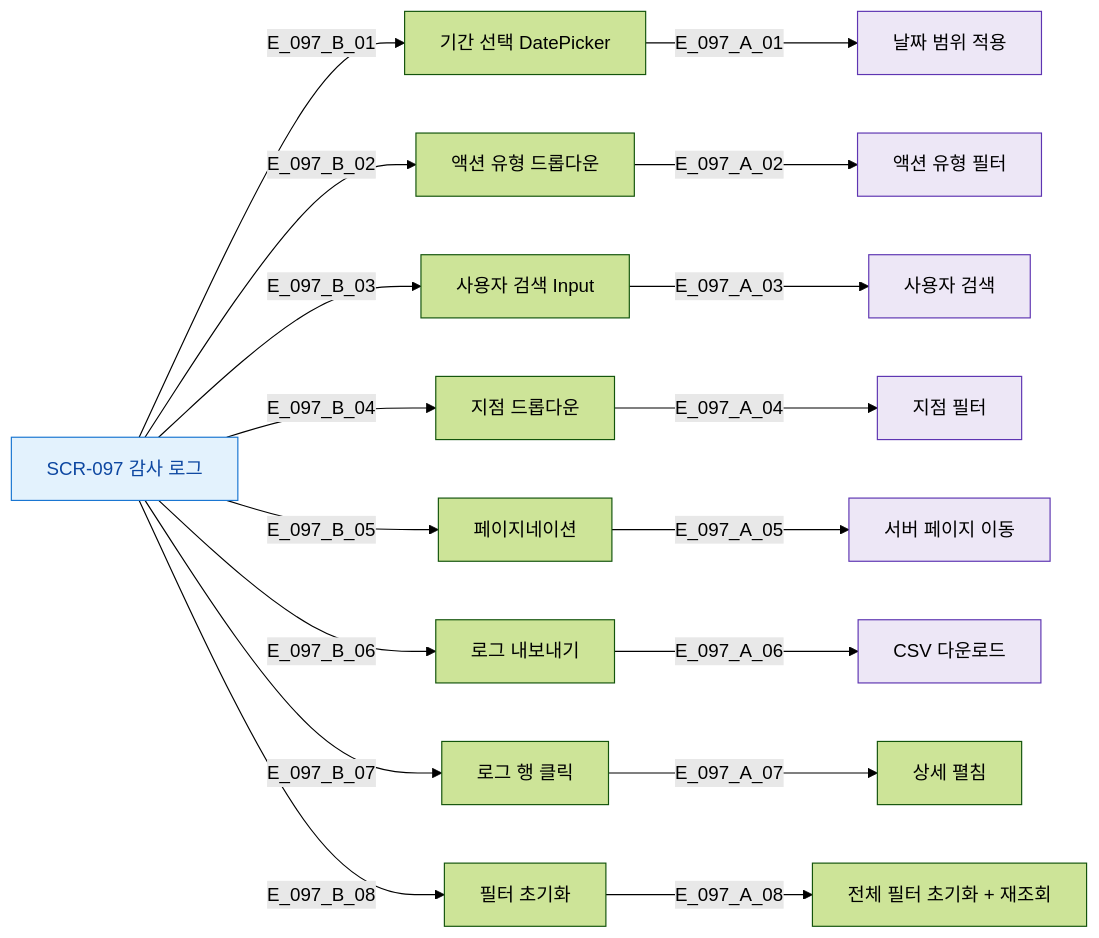
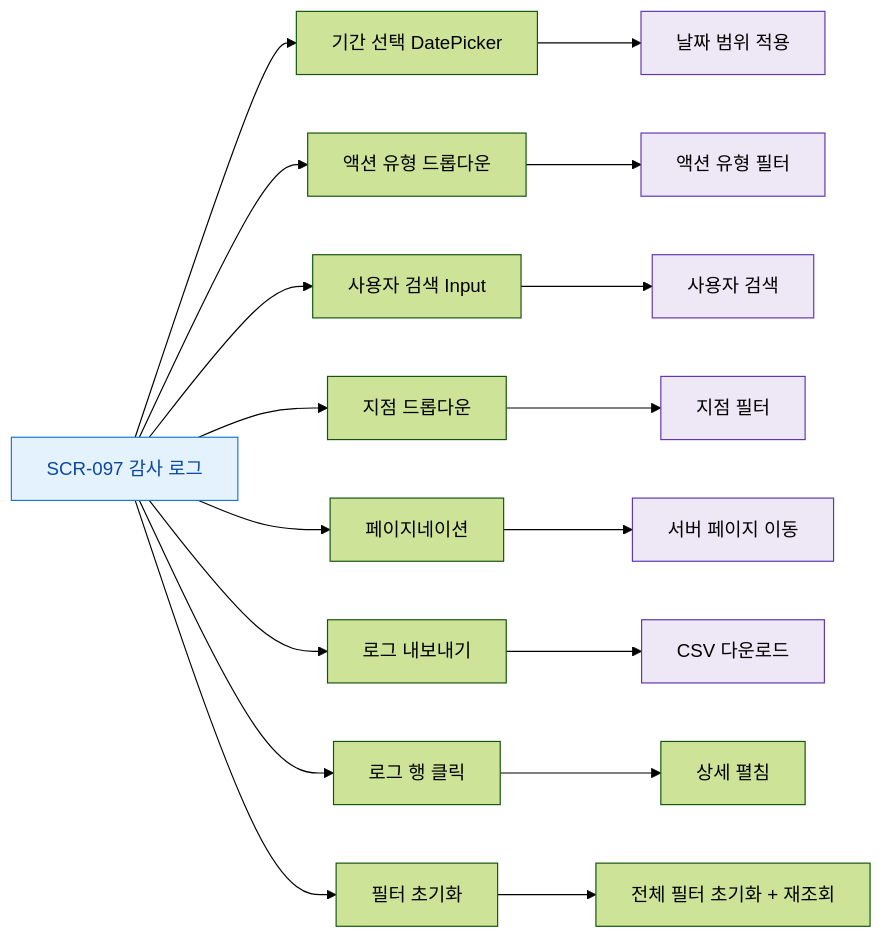
Before and after one commit to dev-spogym/admin-pando: the diagram in docs/다이어그램/D10_본사관리/SCR-097_감사로그/F3_버튼액션.md, drawn with Mermaid (forest theme). The commit also changed other lines of this file and 1660 other files, not shown here.

First line of the commit message:
다이어그램: 기획자/클라이언트 납품본으로 정리

````diff
--- a/docs/다이어그램/D10_본사관리/SCR-097_감사로그/F3_버튼액션.md
+++ b/docs/다이어그램/D10_본사관리/SCR-097_감사로그/F3_버튼액션.md
@@ -14,28 +12,28 @@
 ```mermaid
 flowchart LR
   SCR_097[SCR-097 감사 로그]
 
-  SCR_097 -->|E_097_B_01| BTN_DATE[기간 선택 DatePicker]
-  SCR_097 -->|E_097_B_02| BTN_ACTION[액션 유형 드롭다운]
-  SCR_097 -->|E_097_B_03| BTN_USER[사용자 검색 Input]
-  SCR_097 -->|E_097_B_04| BTN_BRANCH[지점 드롭다운]
-  SCR_097 -->|E_097_B_05| BTN_PAGE[페이지네이션]
-  SCR_097 -->|E_097_B_06| BTN_EXPORT[로그 내보내기]
-  SCR_097 -->|E_097_B_07| BTN_ROW[로그 행 클릭]
-  SCR_097 -->|E_097_B_08| BTN_RESET[필터 초기화]
+  SCR_097 --> BTN_DATE[기간 선택 DatePicker]
+  SCR_097 --> BTN_ACTION[액션 유형 드롭다운]
+  SCR_097 --> BTN_USER[사용자 검색 Input]
+  SCR_097 --> BTN_BRANCH[지점 드롭다운]
+  SCR_097 --> BTN_PAGE[페이지네이션]
+  SCR_097 --> BTN_EXPORT[로그 내보내기]
+  SCR_097 --> BTN_ROW[로그 행 클릭]
+  SCR_097 --> BTN_RESET[필터 초기화]
 
-  BTN_DATE -->|E_097_A_01| ACT_DATE[날짜 범위 적용]
-  BTN_ACTION -->|E_097_A_02| ACT_ACTION[액션 유형 필터]
-  BTN_USER -->|E_097_A_03| ACT_USER[사용자 검색]
-  BTN_BRANCH -->|E_097_A_04| ACT_BRANCH[지점 필터]
-  BTN_PAGE -->|E_097_A_05| ACT_PAGE[서버 페이지 이동]
-  BTN_EXPORT -->|E_097_A_06| ACT_EXPORT[CSV 다운로드]
-  BTN_ROW -->|E_097_A_07| ACT_DETAIL[상세 펼침]
-  BTN_RESET -->|E_097_A_08| ACT_RESET[전체 필터 초기화 + 재조회]
+  BTN_DATE --> ACT_DATE[날짜 범위 적용]
+  BTN_ACTION --> ACT_ACTION[액션 유형 필터]
+  BTN_USER --> ACT_USER[사용자 검색]
+  BTN_BRANCH --> ACT_BRANCH[지점 필터]
+  BTN_PAGE --> ACT_PAGE[서버 페이지 이동]
+  BTN_EXPORT --> ACT_EXPORT[CSV 다운로드]
+  BTN_ROW --> ACT_DETAIL[상세 펼침]
+  BTN_RESET --> ACT_RESET[전체 필터 초기화 + 재조회]
 
   classDef screen fill:#E3F2FD,stroke:#1976D2,color:#0D47A1
   classDef system fill:#EDE7F6,stroke:#5E35B2
 
   class SCR_097 screen
   class ACT_DATE,ACT_ACTION,ACT_USER,ACT_BRANCH,ACT_PAGE,ACT_EXPORT system
 ```
````
